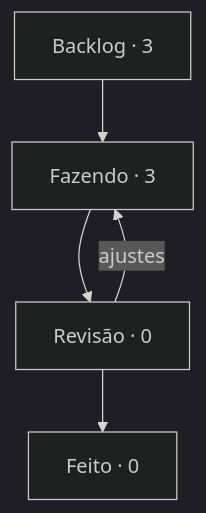
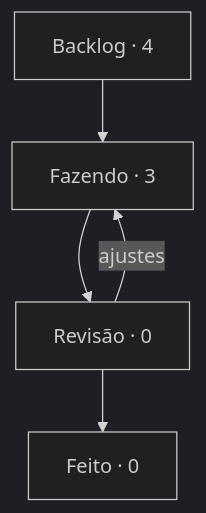
One commit to StudioVibi/VibiKanban changed the diagram in boards/harness/BOARD.md. Above: the diagram before and after it, drawn with Mermaid (dark theme). The commit also changed other lines of this file and 2 other files, not shown here.

````diff
--- a/boards/harness/BOARD.md
+++ b/boards/harness/BOARD.md
@@ -5,10 +5,10 @@
 ```mermaid
 flowchart TD
-  backlog["Backlog · 3"] --> doing["Fazendo · 3"]
+  backlog["Backlog · 4"] --> doing["Fazendo · 3"]
   doing --> review["Revisão · 0"]
   review --> done["Feito · 0"]
   review -->|ajustes| doing
   doing:::blue
   review:::yellow
   done:::green
 ```
````
